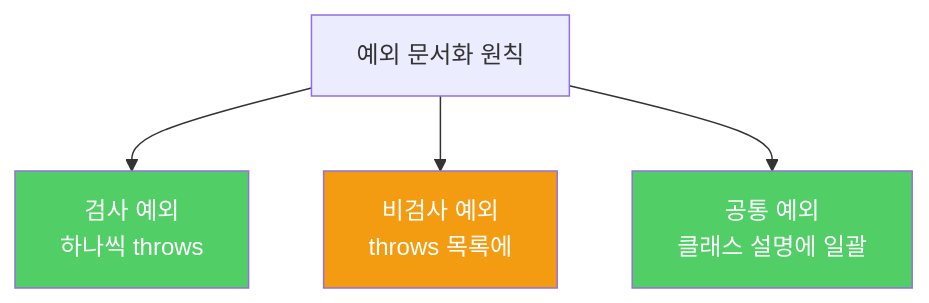
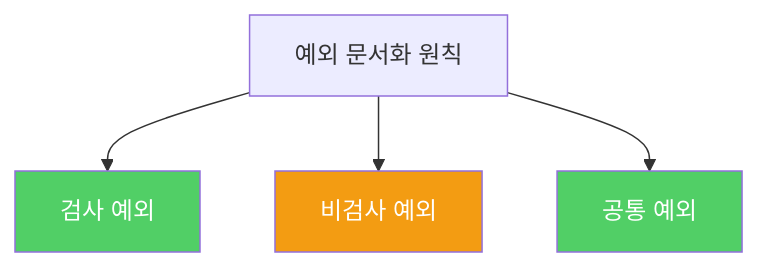
Before and after one commit to yjkim2015/yjkim2015.github.io: the diagram in _posts/java/2022-02-19-effective-java74.md, drawn with Mermaid. The commit also changed 217 other files, not shown here.

First line of the commit message:
Mermaid 크기 수정: useMaxWidth:true + SVG max-width:100% + 라벨 축소

````diff
--- a/_posts/java/2022-02-19-effective-java74.md
+++ b/_posts/java/2022-02-19-effective-java74.md
@@ -95,9 +95,9 @@
 ```mermaid
 graph TD
-    A["예외 문서화 원칙"] --> B["검사 예외\n하나씩 throws"]
-    A --> C["비검사 예외\nthrows 목록에"]
-    A --> D["공통 예외\n클래스 설명에 일괄"]
+    A["예외 문서화 원칙"] --> B["검사 예외"]
+    A --> C["비검사 예외"]
+    A --> D["공통 예외"]
     style B fill:#51cf66,color:#fff
     style C fill:#f39c12,color:#fff
     style D fill:#51cf66,color:#fff
 ```
````
